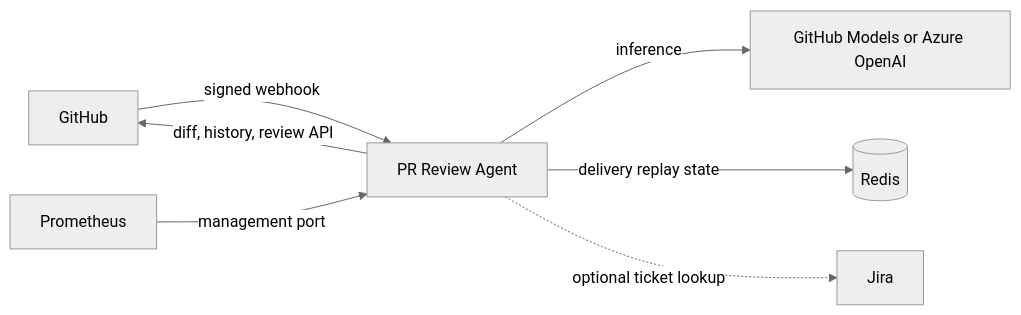
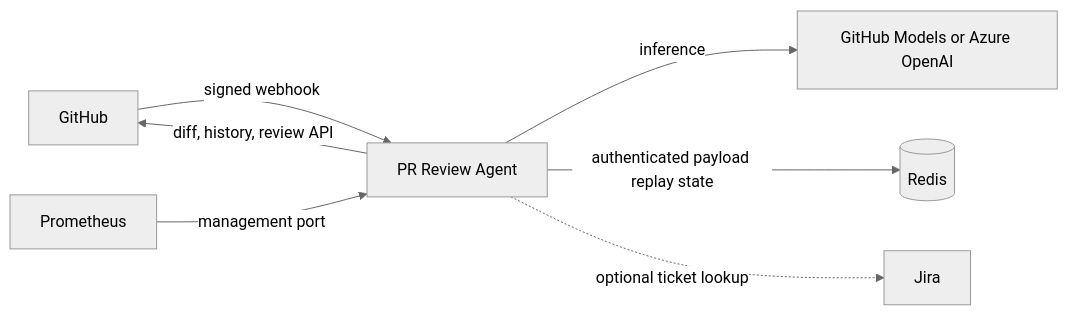
Before and after one commit to mrinmoyece/pr-review-agent: the first of 2 diagrams in docs/architecture.md, drawn with Mermaid (neutral theme). The commit also changed other lines of this file and 16 other files, not shown here.

````diff
--- a/docs/architecture.md
+++ b/docs/architecture.md
@@ -16,9 +16,9 @@
 ```mermaid
 flowchart LR
     GH[GitHub] -->|signed webhook| APP[PR Review Agent]
     APP -->|diff, history, review API| GH
     APP -->|inference| MODEL[GitHub Models or Azure OpenAI]
-    APP -->|delivery replay state| REDIS[(Redis)]
+    APP -->|authenticated payload replay state| REDIS[(Redis)]
     APP -. optional ticket lookup .-> JIRA[Jira]
     PROM[Prometheus] -->|management port| APP
 ```
````
